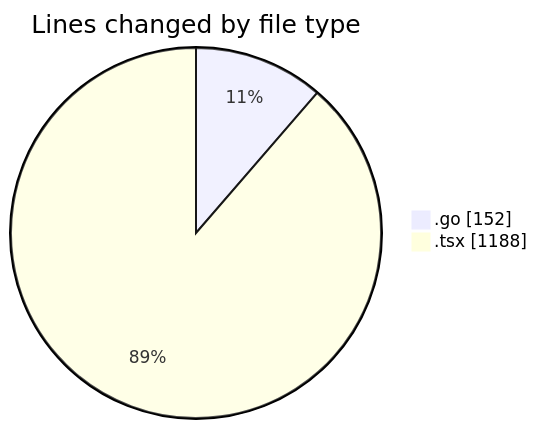
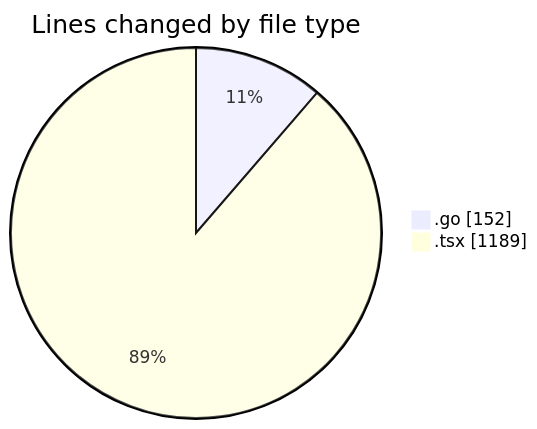
One commit to robertbonfada/code-tracking changed the first of 2 diagrams in 2025-03-05/termonied_testador/README.md. Above: the diagram before and after it, drawn with Mermaid. The commit also changed other lines of this file and 1 other file, not shown here.

````diff
--- a/2025-03-05/termonied_testador/README.md
+++ b/2025-03-05/termonied_testador/README.md
@@ -25,6 +25,6 @@
 ```mermaid
 pie showData
 title Lines changed by file type
 ".go" : 152
-".tsx" : 1188
+".tsx" : 1189
 ```
````
